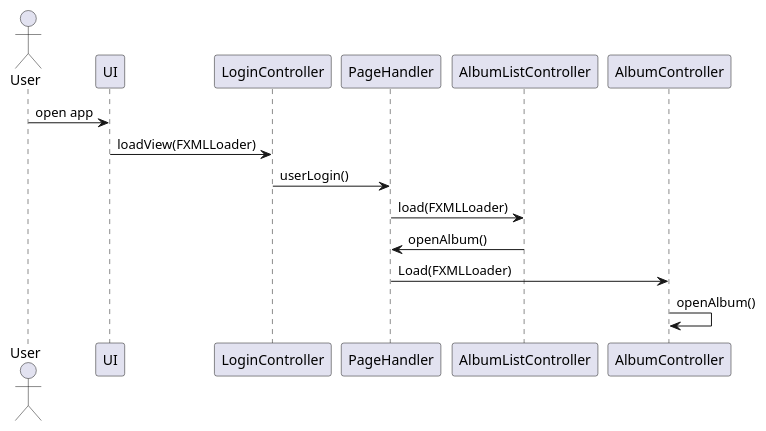
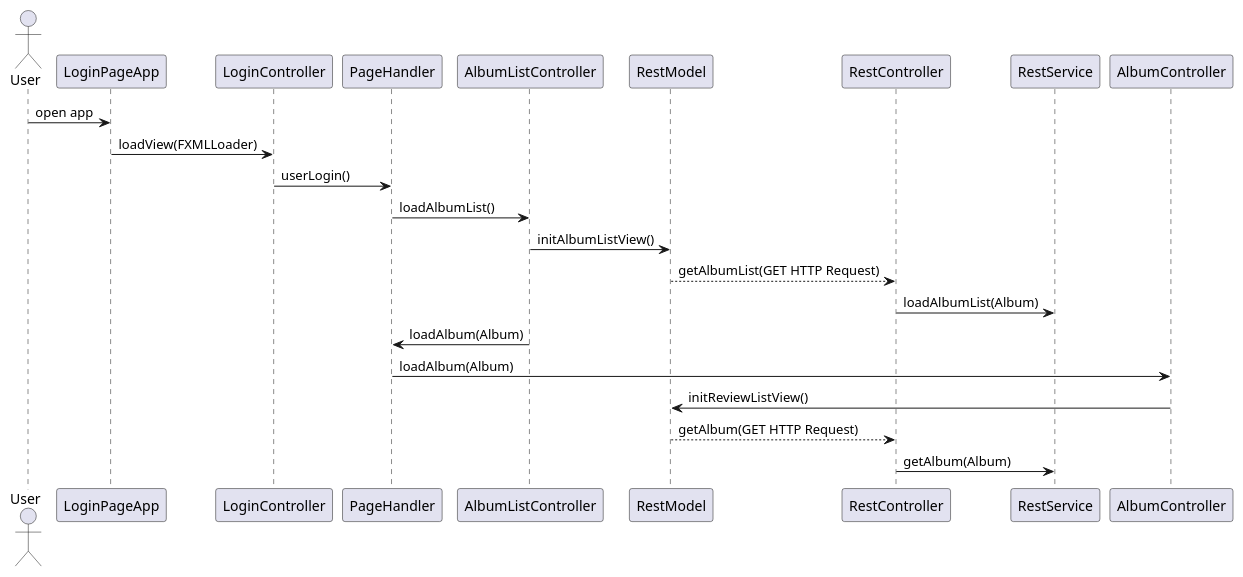
One commit to Snorre98/gr2337 changed the diagram in albumreview/docs/assets/sequenceR3.puml. Above: the diagram before and after it, drawn with PlantUML.

Commit message:
updated sequece diagram even more #115

```diff
--- a/albumreview/docs/assets/sequenceR3.puml
+++ b/albumreview/docs/assets/sequenceR3.puml
@@ -1,13 +1,19 @@
 @startuml Sequence diagram release 3 See other reviews
 
 actor User
-User -> UI : open app
-UI -> LoginController : loadView(FXMLLoader)
+User -> LoginPageApp : open app
+LoginPageApp -> LoginController : loadView(FXMLLoader)
 LoginController -> PageHandler : userLogin()
-PageHandler -> AlbumListController : load(FXMLLoader)
-AlbumListController -> PageHandler : openAlbum()
-PageHandler -> AlbumController : Load(FXMLLoader)
-AlbumController -> AlbumController : openAlbum()
 
+PageHandler -> AlbumListController : loadAlbumList()
+AlbumListController -> RestModel : initAlbumListView()
+RestModel --> RestController : getAlbumList(GET HTTP Request)
+RestController -> RestService : loadAlbumList(Album)
+
+AlbumListController -> PageHandler : loadAlbum(Album)
+PageHandler -> AlbumController : loadAlbum(Album)
+AlbumController -> RestModel : initReviewListView()
+RestModel --> RestController : getAlbum(GET HTTP Request)
+RestController -> RestService : getAlbum(Album) 
 
 @enduml
```
